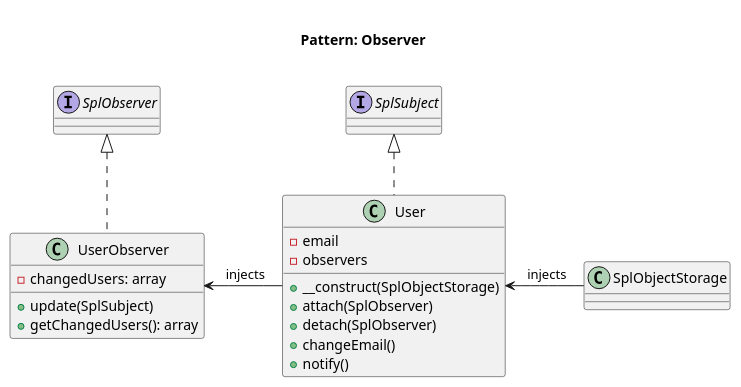
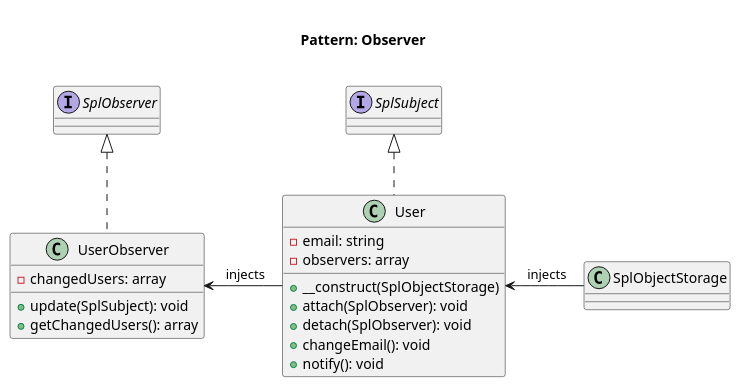
The diagram in patterns/behavioral/observer/domnikl/diagram.pu (rosselli/design-patterns-implemented.concepts), drawn with PlantUML before and after one commit. The commit also changed 11 other files, not shown here.

```diff
--- a/patterns/behavioral/observer/domnikl/diagram.pu
+++ b/patterns/behavioral/observer/domnikl/diagram.pu
@@ -1,22 +1,22 @@
 @startuml
 	Title <size:20>\nPattern: Observer\n
 
 	class User implements SplSubject {
-		- email
-		- observers
+		- email: string
+		- observers: array
 		+ __construct(SplObjectStorage)
-		+ attach(SplObserver)
-		+ detach(SplObserver)
-		+ changeEmail()
-		+ notify()
+		+ attach(SplObserver): void
+		+ detach(SplObserver): void
+		+ changeEmail(): void
+		+ notify(): void
 	}
 
 	class UserObserver implements SplObserver {
 		- changedUsers: array
-		+ update(SplSubject)
+		+ update(SplSubject): void
 		+ getChangedUsers(): array
 	}
 
 	User -left-> UserObserver: " injects"
 	SplObjectStorage -left-> User: " injects"
 @enduml
```
